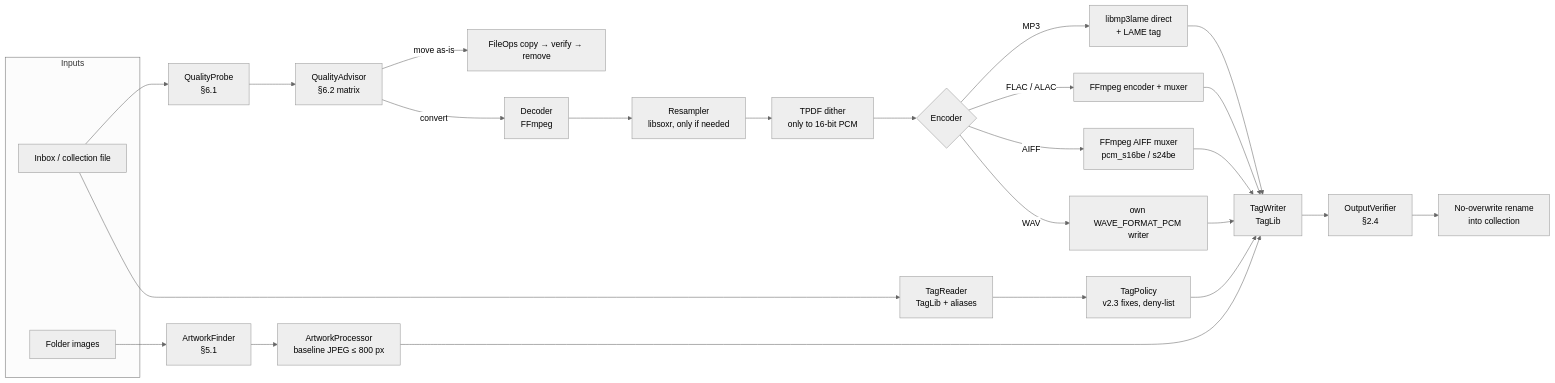
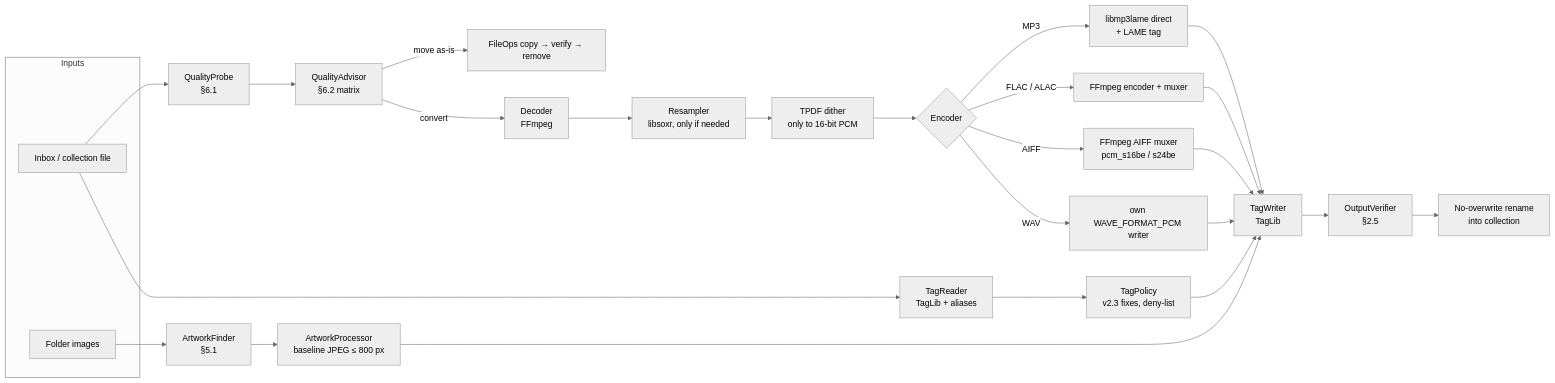
One commit to usr-ein/selecta changed the diagram in references/conversion-and-metadata.md. Above: the diagram before and after it, drawn with Mermaid (neutral theme). The commit also changed other lines of this file, not shown here.

Commit message:
references: conversion note — lossless output pitfalls, audio-preserving filing path, security note

````diff
--- a/references/conversion-and-metadata.md
+++ b/references/conversion-and-metadata.md
@@ -471,27 +483,27 @@
 ```mermaid
 flowchart LR
   subgraph Inputs
     SRC[Inbox / collection file]
     DIR[Folder images]
   end
   SRC --> PROBE[QualityProbe<br/>§6.1]
   SRC --> TR[TagReader<br/>TagLib + aliases]
   DIR --> AF[ArtworkFinder<br/>§5.1]
   PROBE --> ADV[QualityAdvisor<br/>§6.2 matrix]
   ADV -->|move as-is| MOVE[FileOps copy → verify → remove]
   ADV -->|convert| DEC[Decoder<br/>FFmpeg]
   DEC --> RS[Resampler<br/>libsoxr, only if needed]
   RS --> DI[TPDF dither<br/>only to 16-bit PCM]
   DI --> ENC{Encoder}
   ENC -->|MP3| LAME[libmp3lame direct<br/>+ LAME tag]
   ENC -->|FLAC / ALAC| FFE[FFmpeg encoder + muxer]
   ENC -->|AIFF| AIFF[FFmpeg AIFF muxer<br/>pcm_s16be / s24be]
   ENC -->|WAV| WAV[own WAVE_FORMAT_PCM writer]
   TR --> POL[TagPolicy<br/>v2.3 fixes, deny-list]
   AF --> AP[ArtworkProcessor<br/>baseline JPEG ≤ 800 px]
   LAME & FFE & AIFF & WAV --> TW[TagWriter<br/>TagLib]
   POL --> TW
   AP --> TW
-  TW --> VER[OutputVerifier<br/>§2.4]
+  TW --> VER[OutputVerifier<br/>§2.5]
   VER --> PUB[No-overwrite rename<br/>into collection]
 ```
````
